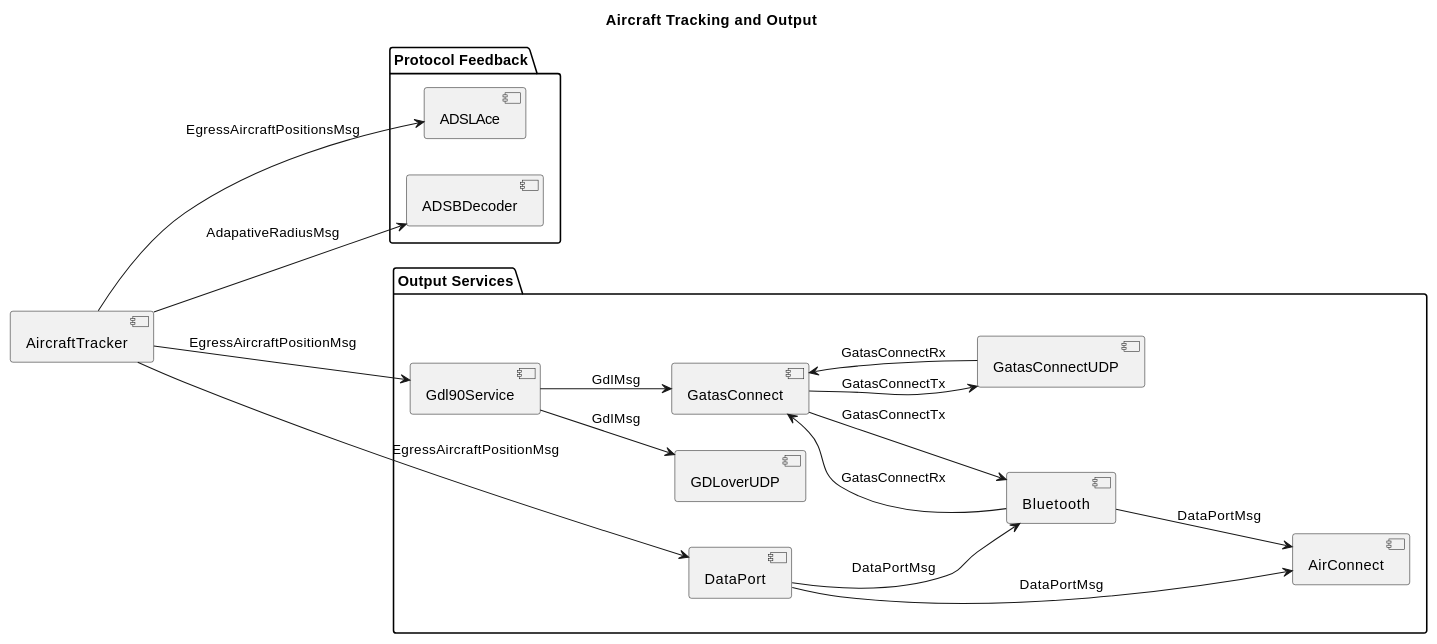
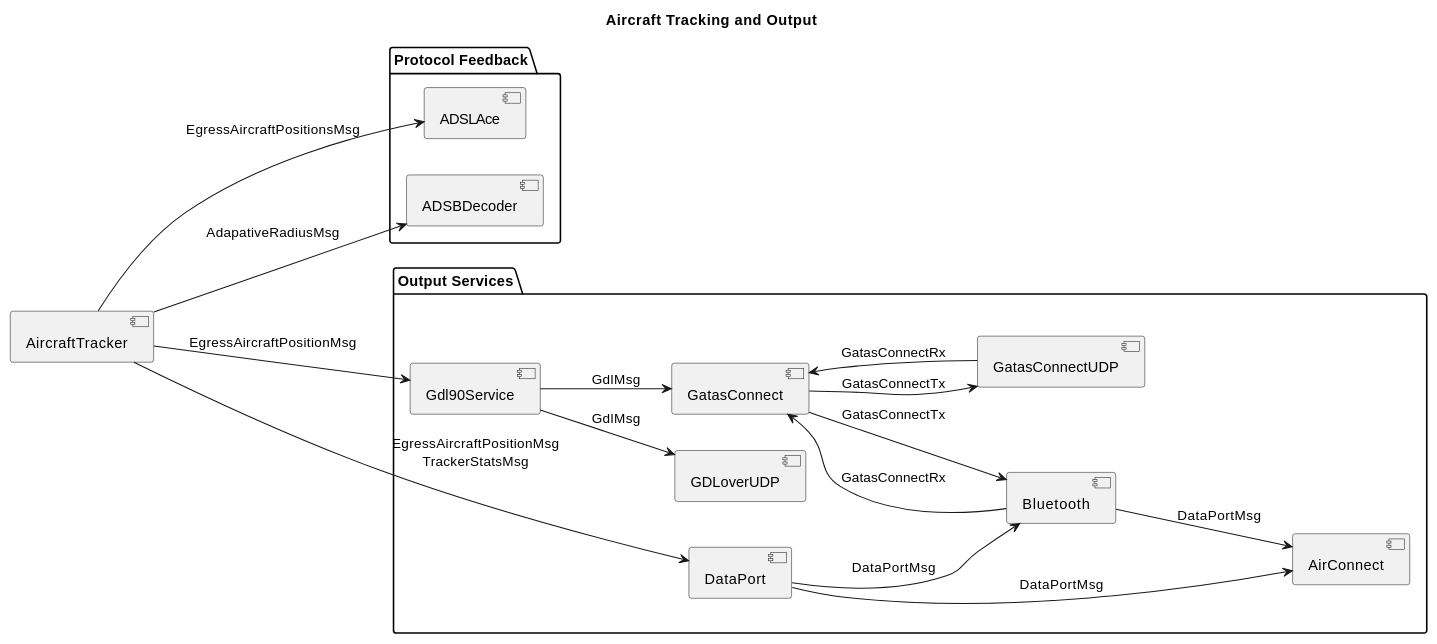
One commit to Duke306/openace changed the fourth of 7 diagrams in doc/message-bus.md. Above: the diagram before and after it, drawn with PlantUML. The commit also changed other lines of this file and 9 other files, not shown here.

````diff
--- a/doc/message-bus.md
+++ b/doc/message-bus.md
@@ -237,44 +239,44 @@
 ```plantuml
 ' =====================================================================
 ' TRACKING AND OUTPUT
 ' =====================================================================
 @startuml
 title Aircraft Tracking and Output
 
 left to right direction
 
 [AircraftTracker]
 
 package "Protocol Feedback" {
     [ADSLAce]
     [ADSBDecoder]
 }
 
 package "Output Services" {
     [Gdl90Service]
     [GDLoverUDP]
     [DataPort]
     [GatasConnect]
     [GatasConnectUDP]
     [Bluetooth]
     [AirConnect]
 }
 
 [AircraftTracker] --> [Gdl90Service] : EgressAircraftPositionMsg
-[AircraftTracker] --> [DataPort] : EgressAircraftPositionMsg
+[AircraftTracker] --> [DataPort] : EgressAircraftPositionMsg\nTrackerStatsMsg
 [AircraftTracker] --> [ADSLAce] : EgressAircraftPositionsMsg
 [AircraftTracker] --> [ADSBDecoder] : AdapativeRadiusMsg
 
 [Gdl90Service] --> [GDLoverUDP] : GdlMsg
 [Gdl90Service] --> [GatasConnect] : GdlMsg
 
 [GatasConnect] --> [GatasConnectUDP] : GatasConnectTx
 [GatasConnect] --> [Bluetooth] : GatasConnectTx
 [GatasConnectUDP] --> [GatasConnect] : GatasConnectRx
 [DataPort] --> [Bluetooth] : DataPortMsg
 [Bluetooth] --> [GatasConnect] : GatasConnectRx
 [Bluetooth] --> [AirConnect] : DataPortMsg
 [DataPort] --> [AirConnect] : DataPortMsg
 
 @enduml
 ```
````
